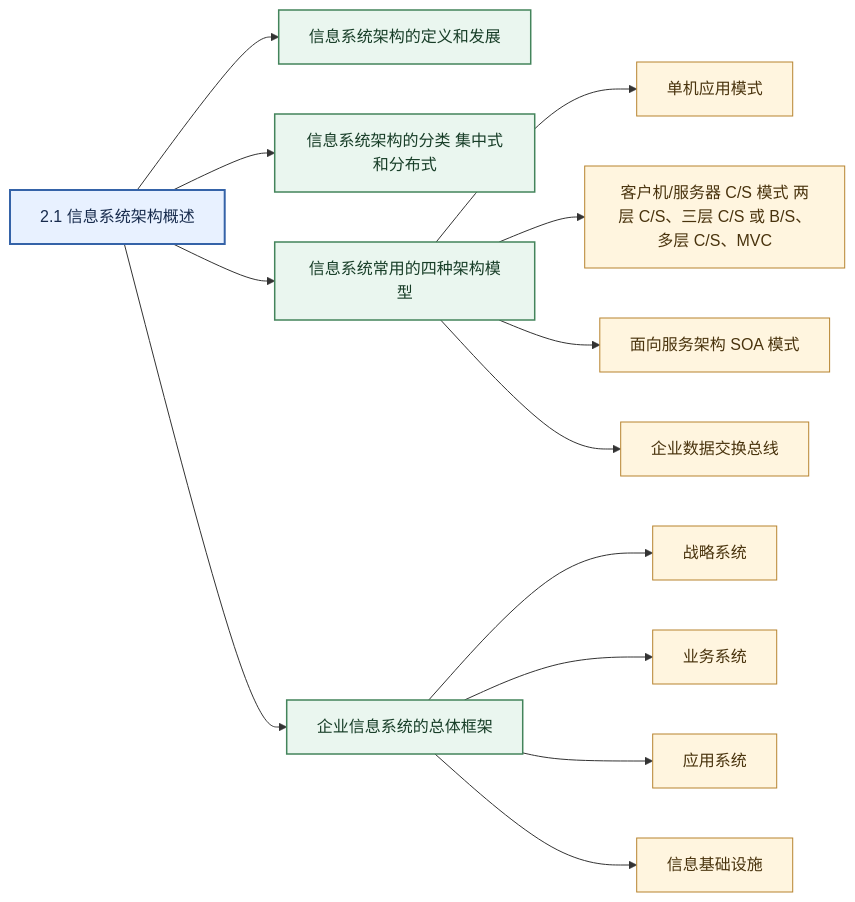
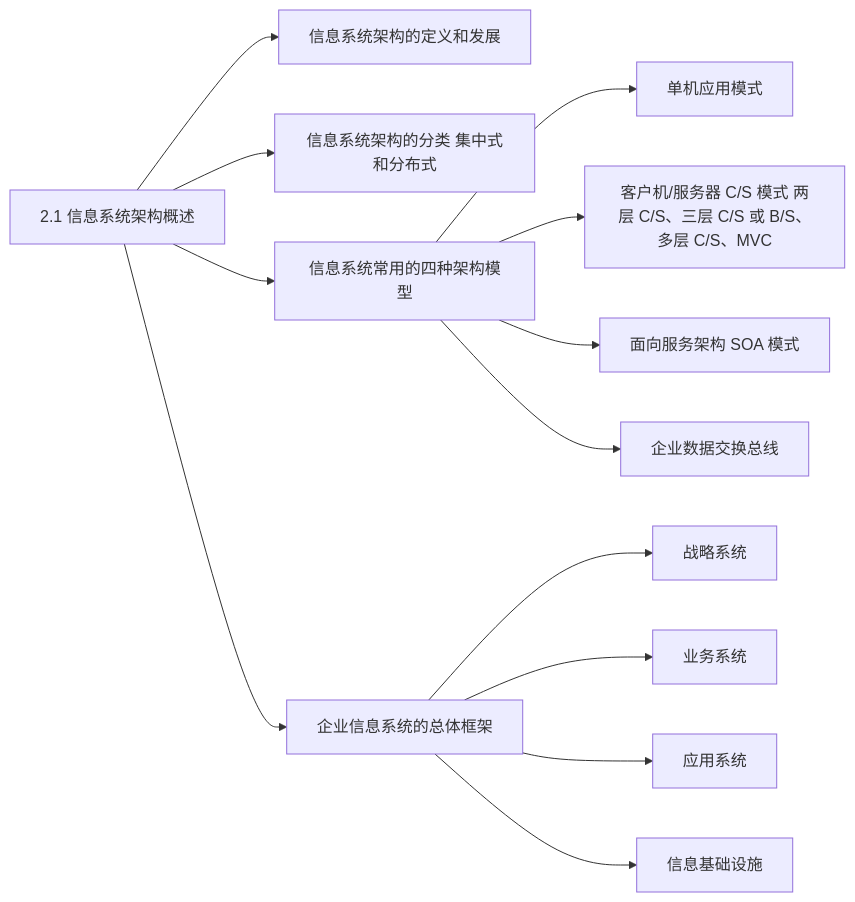
Before and after one commit to mingf423/ruankao: the third of 43 diagrams in docs/system-architecture-designer/01_官方大纲与考试政策/02_案例分析大纲脑图.md, drawn with Mermaid. The commit also changed other lines of this file, not shown here.

Commit message:
Make case-analysis Mermaid diagrams renderer-compatible

````diff
--- a/docs/system-architecture-designer/01_官方大纲与考试政策/02_案例分析大纲脑图.md
+++ b/docs/system-architecture-designer/01_官方大纲与考试政策/02_案例分析大纲脑图.md
@@ -62,44 +52,28 @@
 ```mermaid
 flowchart LR
   R["2.1 信息系统架构概述"]
-  classDef root fill:#e8f1ff,stroke:#3563a8,color:#172b4d,stroke-width:2px;
-  classDef group fill:#eaf6ef,stroke:#43845b,color:#173d27,stroke-width:1.5px;
-  classDef item fill:#fff5df,stroke:#b7832f,color:#49330d,stroke-width:1px;
-  class R root;
   N1["信息系统架构的定义和发展"]
   R --> N1
-  class N1 group;
   N2["信息系统架构的分类 集中式和分布式"]
   R --> N2
-  class N2 group;
   N3["信息系统常用的四种架构模型"]
   R --> N3
-  class N3 group;
   N4["单机应用模式"]
   N3 --> N4
-  class N4 item;
   N5["客户机/服务器 C/S 模式 两层 C/S、三层 C/S 或 B/S、多层 C/S、MVC"]
   N3 --> N5
-  class N5 item;
   N6["面向服务架构 SOA 模式"]
   N3 --> N6
-  class N6 item;
   N7["企业数据交换总线"]
   N3 --> N7
-  class N7 item;
   N8["企业信息系统的总体框架"]
   R --> N8
-  class N8 group;
   N9["战略系统"]
   N8 --> N9
-  class N9 item;
   N10["业务系统"]
   N8 --> N10
-  class N10 item;
   N11["应用系统"]
   N8 --> N11
-  class N11 item;
   N12["信息基础设施"]
   N8 --> N12
-  class N12 item;
 ```
````
